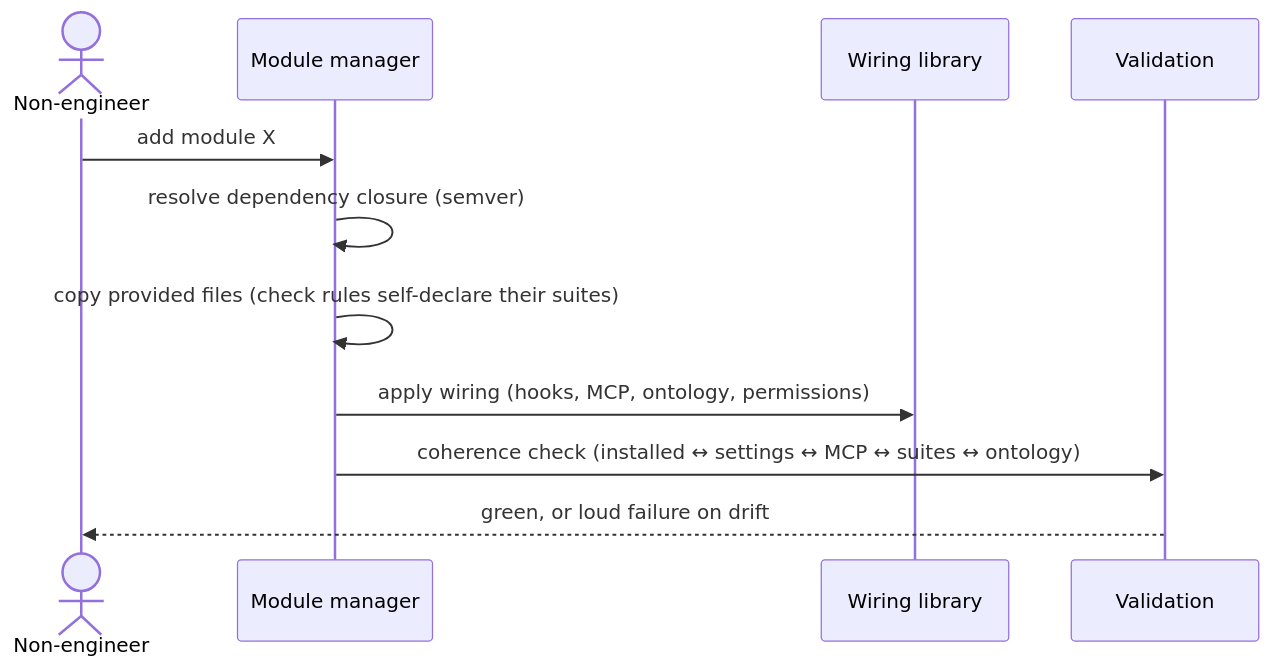
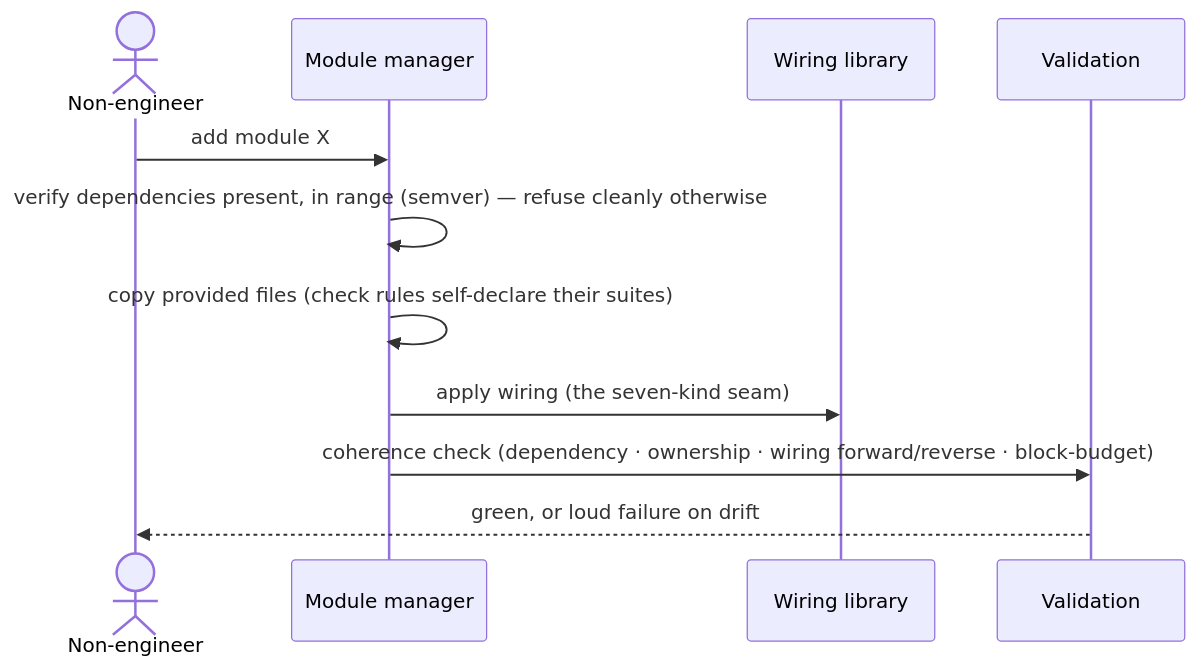
Before and after one commit to StarshipSuperjam/engine-mechanic: the seventh of 11 diagrams in docs/architecture.md, drawn with Mermaid. The commit also changed other lines of this file, not shown here.

````diff
--- a/docs/architecture.md
+++ b/docs/architecture.md
@@ -446,13 +473,13 @@
 ```mermaid
 sequenceDiagram
     actor NE as Non-engineer
     participant MM as Module manager
     participant WL as Wiring library
     participant VAL as Validation
     NE->>MM: add module X
-    MM->>MM: resolve dependency closure (semver)
+    MM->>MM: verify dependencies present, in range (semver) — refuse cleanly otherwise
     MM->>MM: copy provided files (check rules self-declare their suites)
-    MM->>WL: apply wiring (hooks, MCP, ontology, permissions)
-    MM->>VAL: coherence check (installed ↔ settings ↔ MCP ↔ suites ↔ ontology)
+    MM->>WL: apply wiring (the seven-kind seam)
+    MM->>VAL: coherence check (dependency · ownership · wiring forward/reverse · block-budget)
     VAL-->>NE: green, or loud failure on drift
 ```
````
